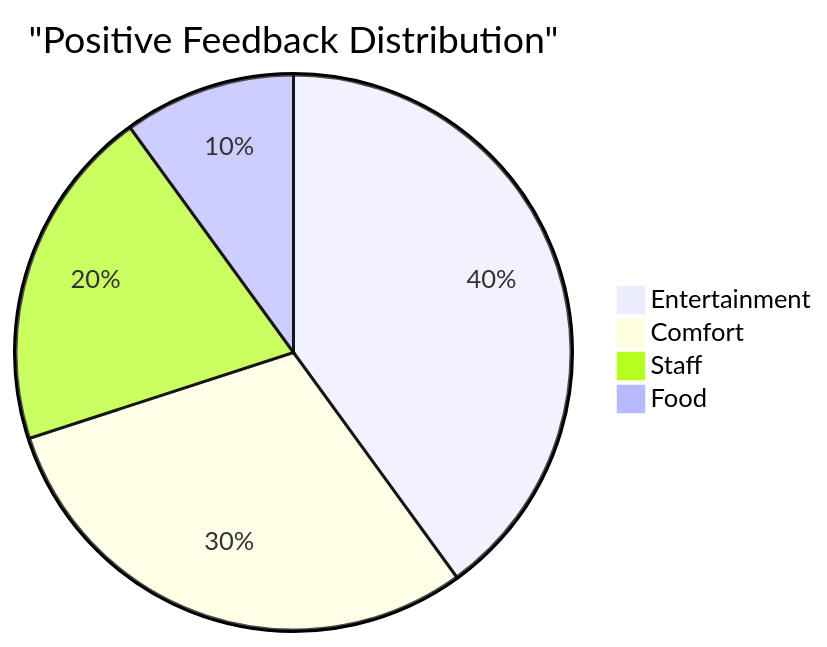
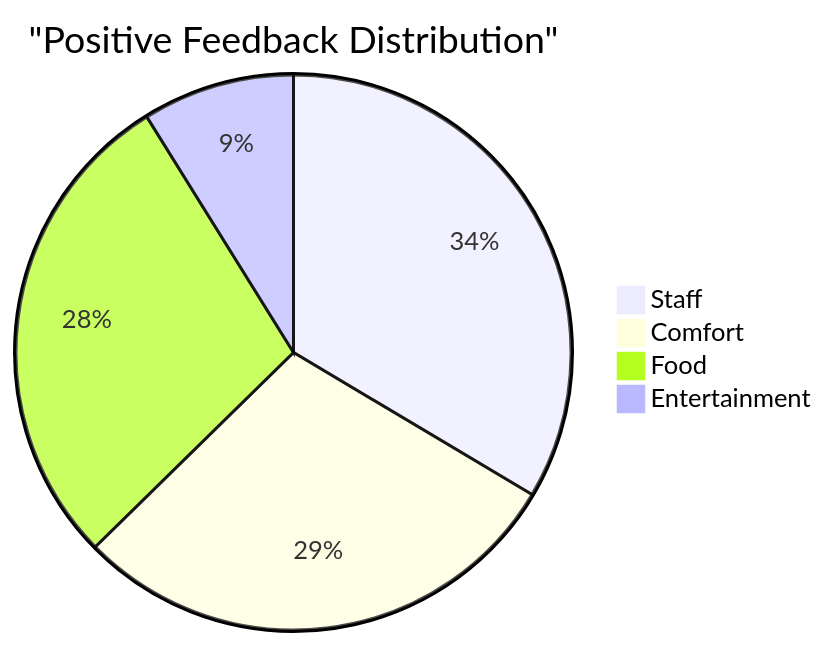
One commit to SoGhosh719/British_Airways changed the fifth of 8 diagrams in README.md. Above: the diagram before and after it, drawn with Mermaid. The commit also changed other lines of this file, not shown here.

````diff
--- a/README.md
+++ b/README.md
@@ -173,8 +173,8 @@
 ```mermaid {scale: 0.7}
 pie
     title "Positive Feedback Distribution"
-    "Entertainment" : 40
-    "Comfort" : 30
-    "Staff" : 20
-    "Food" : 10
+    "Staff" : 53
+    "Comfort" : 46
+    "Food" : 45
+    "Entertainment" : 14
 ```
````
